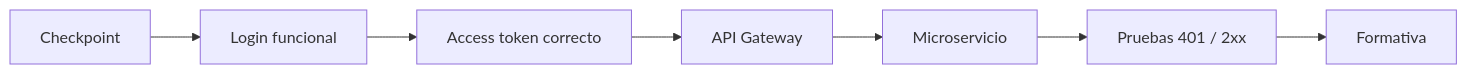
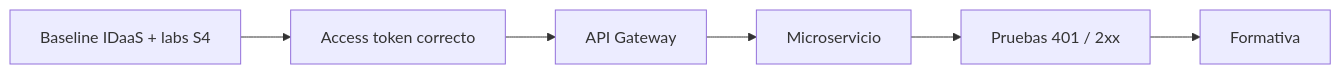
Before and after one commit to cmartinezs/DSY1107-DESARROLLO-CLOUD-NATIVE-I-2026-2: the diagram in semanas/semana-05/DSY1107-002D.md, drawn with Mermaid. The commit also changed other lines of this file, not shown here.

Commit message:
docs(dsy1107): ajustar entrada 002D a baseline IDaaS esperado

````diff
--- a/semanas/semana-05/DSY1107-002D.md
+++ b/semanas/semana-05/DSY1107-002D.md
@@ -21,9 +23,8 @@
 ```mermaid
 flowchart LR
-    A[Checkpoint] --> B[Login funcional]
-    B --> C[Access token correcto]
-    C --> D[API Gateway]
-    D --> E[Microservicio]
-    E --> F[Pruebas 401 / 2xx]
-    F --> G[Formativa]
+    A[Baseline IDaaS + labs S4] --> B[Access token correcto]
+    B --> C[API Gateway]
+    C --> D[Microservicio]
+    D --> E[Pruebas 401 / 2xx]
+    E --> F[Formativa]
 ```
````
